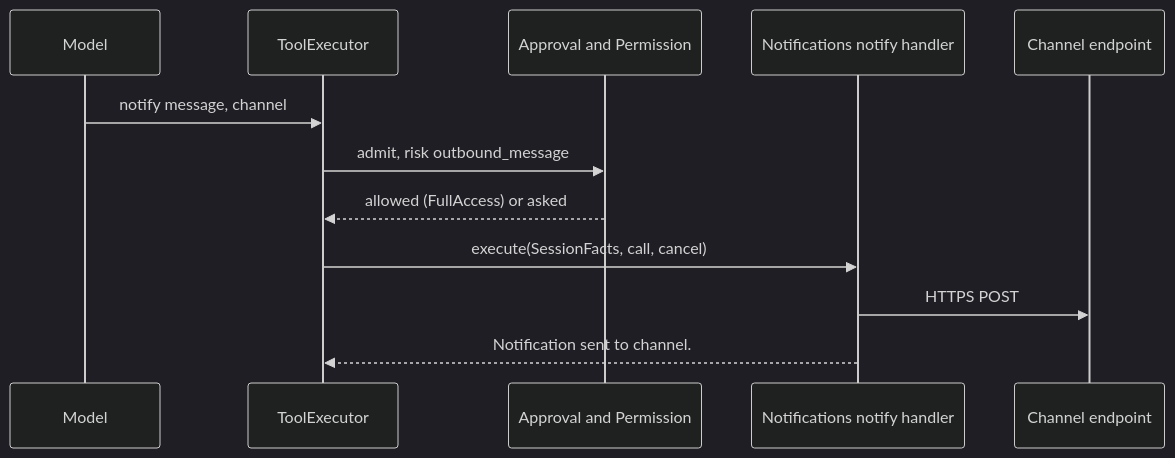
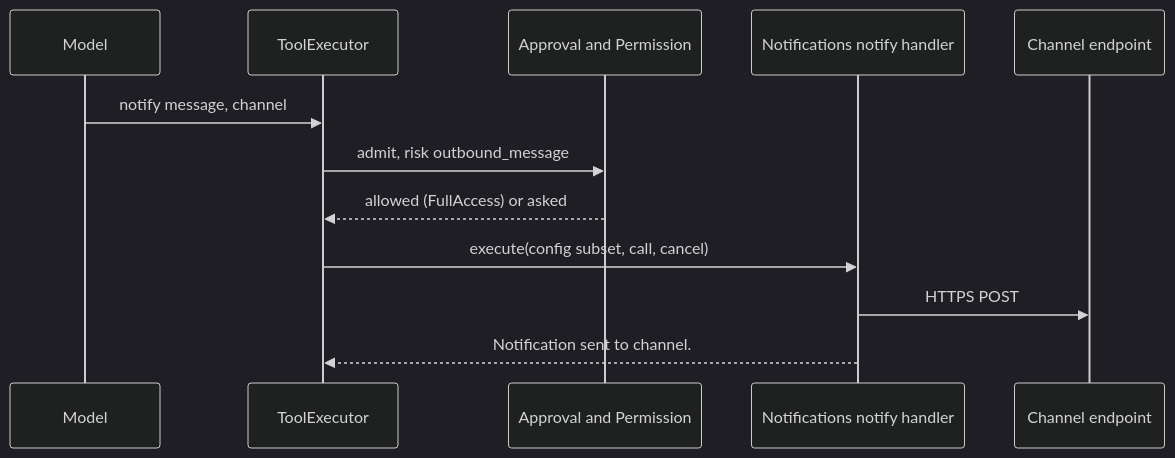
One commit to CoutinhoTTS/dim-agent changed the fifth of 6 diagrams in docs/design/plugins/Notifications.md. Above: the diagram before and after it, drawn with Mermaid (dark theme). The commit also changed other lines of this file and 3 other files, not shown here.

````diff
--- a/docs/design/plugins/Notifications.md
+++ b/docs/design/plugins/Notifications.md
@@ -116,14 +122,14 @@
 ```mermaid
 sequenceDiagram
   participant Model
   participant TE as ToolExecutor
   participant AP as Approval and Permission
   participant NP as Notifications notify handler
   participant CH as Channel endpoint
   Model->>TE: notify message, channel
   TE->>AP: admit, risk outbound_message
   AP-->>TE: allowed (FullAccess) or asked
-  TE->>NP: execute(SessionFacts, call, cancel)
+  TE->>NP: execute(config subset, call, cancel)
   NP->>CH: HTTPS POST
   NP-->>TE: Notification sent to channel.
 ```
````
